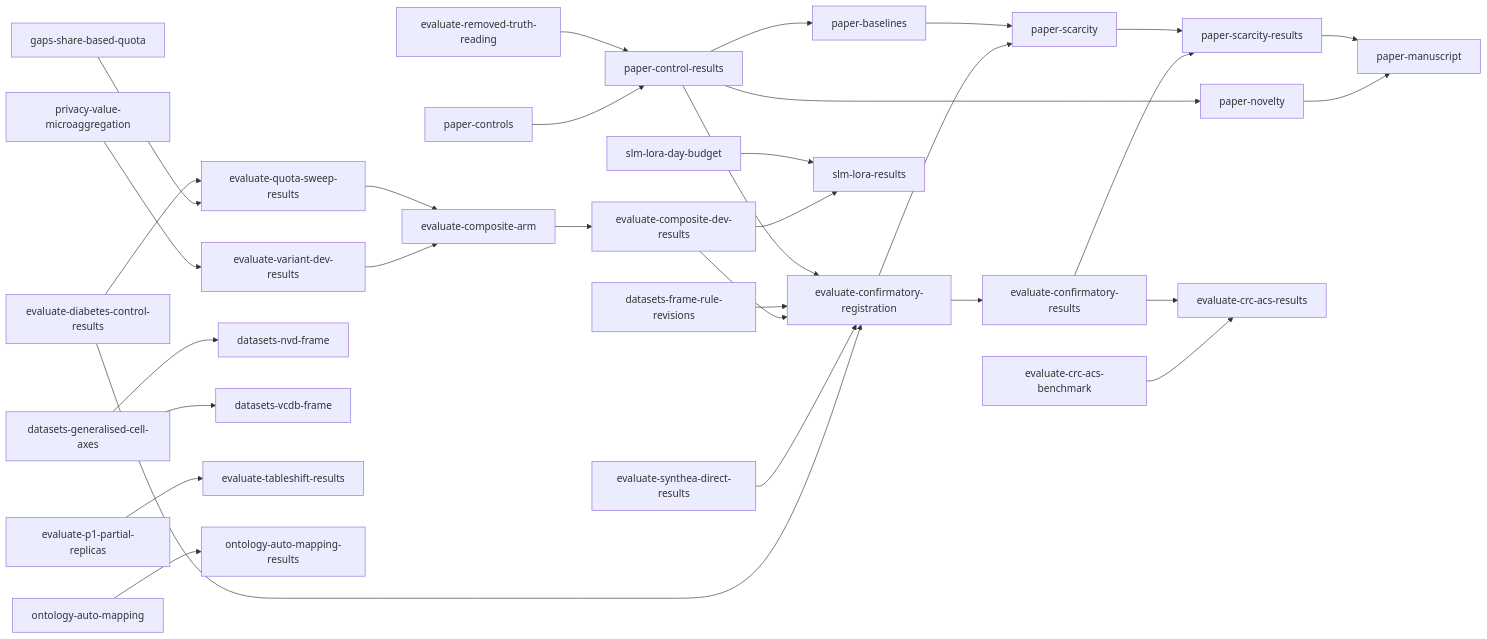
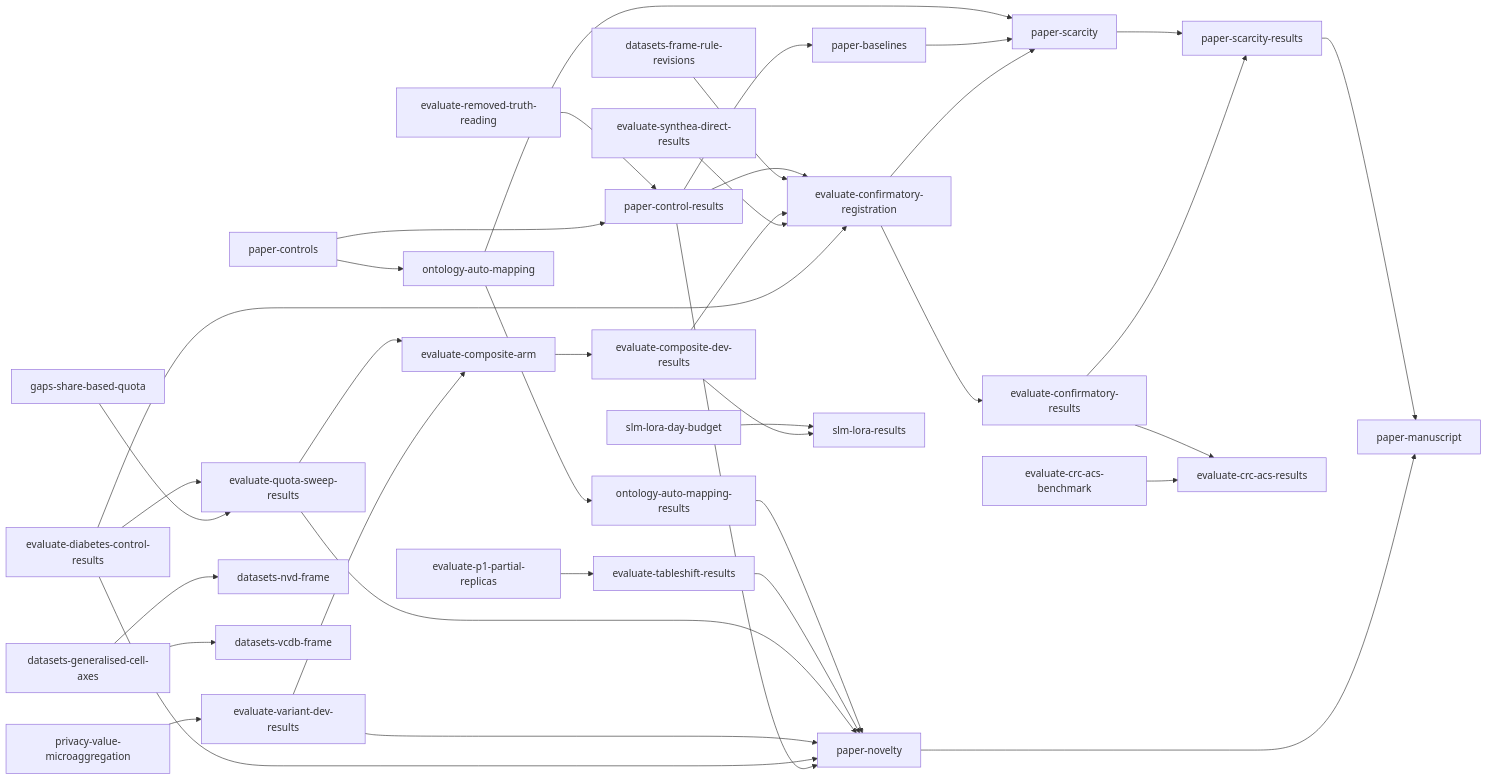
Before and after one commit to joe-dartmouth/synthetic: the diagram in tasks/direct-index.md, drawn with Mermaid. The commit also changed other lines of this file and 10 other files, not shown here.

Commit message:
Add the paper-controls, auto-mapping and novelty edges to the board

````diff
--- a/tasks/direct-index.md
+++ b/tasks/direct-index.md
@@ -127,33 +129,40 @@
 ```mermaid
 flowchart LR
     p1[paper-controls] --> p2[paper-control-results]
     p2[paper-control-results] --> p3[paper-baselines]
     u30[evaluate-confirmatory-registration] --> p4[paper-scarcity]
     u31[evaluate-confirmatory-results] --> p5[paper-scarcity-results]
     p3[paper-baselines] --> p4[paper-scarcity]
     p4[paper-scarcity] --> p5[paper-scarcity-results]
     p0[paper-novelty] --> p6[paper-manuscript]
     p5[paper-scarcity-results] --> p6[paper-manuscript]
     u16[privacy-value-microaggregation] --> u19[evaluate-variant-dev-results]
     u20[gaps-share-based-quota] --> u21[evaluate-quota-sweep-results]
     u50[datasets-generalised-cell-axes] --> u52[datasets-nvd-frame]
     u50 --> u53[datasets-vcdb-frame]
     u19 --> u28[evaluate-composite-arm]
     u21 --> u28
     u28 --> u29[evaluate-composite-dev-results]
     u7[evaluate-diabetes-control-results] --> u30[evaluate-confirmatory-registration]
     u8[evaluate-synthea-direct-results] --> u30
     u29 --> u30
     u56[datasets-frame-rule-revisions] --> u30
     u30 --> u31[evaluate-confirmatory-results]
     u54[evaluate-p1-partial-replicas] --> u55[evaluate-tableshift-results]
     u41[evaluate-crc-acs-benchmark] --> u42[evaluate-crc-acs-results]
     u31 --> u42
     u32[ontology-auto-mapping] --> u33[ontology-auto-mapping-results]
     u29 --> u36[slm-lora-results]
     u51[slm-lora-day-budget] --> u36
     u7[evaluate-diabetes-control-results] --> u21[evaluate-quota-sweep-results]
     p2[paper-control-results] --> u30[evaluate-confirmatory-registration]
     p2[paper-control-results] --> p0[paper-novelty]
     u57[evaluate-removed-truth-reading] --> p2[paper-control-results]
+    p1[paper-controls] --> u32[ontology-auto-mapping]
+    u32[ontology-auto-mapping] --> p4[paper-scarcity]
+    u7[evaluate-diabetes-control-results] --> p0[paper-novelty]
+    u19[evaluate-variant-dev-results] --> p0[paper-novelty]
+    u21[evaluate-quota-sweep-results] --> p0[paper-novelty]
+    u55[evaluate-tableshift-results] --> p0[paper-novelty]
+    u33[ontology-auto-mapping-results] --> p0[paper-novelty]
 ```
````
